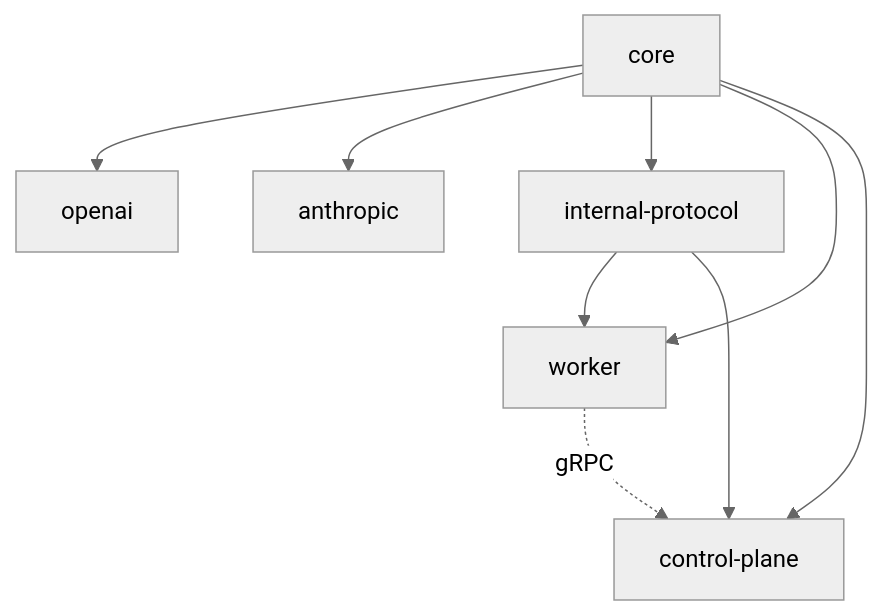
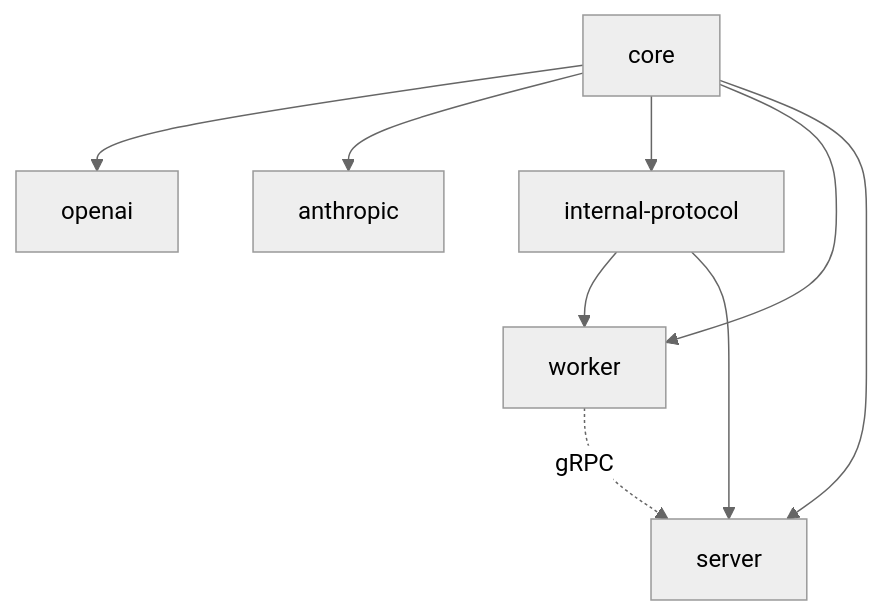
One commit to everruns/everruns changed the second of 3 diagrams in specs/architecture.md. Above: the diagram before and after it, drawn with Mermaid (neutral theme). The commit also changed other lines of this file and 97 other files, not shown here.

First line of the commit message:
refactor: rename everruns-control-plane to everruns-server

````diff
--- a/specs/architecture.md
+++ b/specs/architecture.md
@@ -87,18 +87,18 @@
 ```mermaid
 graph TD
     core[core]
     openai[openai]
     anthropic[anthropic]
     protocol[internal-protocol]
     worker[worker]
-    cp[control-plane]
+    cp[server]
 
     core --> openai
     core --> anthropic
     core --> protocol
     core --> worker
     protocol --> worker
     protocol --> cp
     core --> cp
     worker -.->|gRPC| cp
 ```
````
